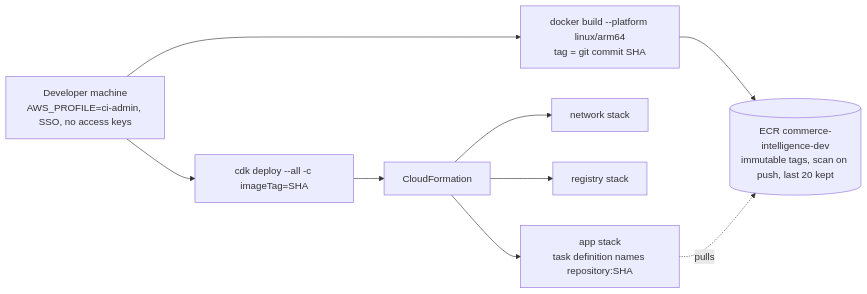
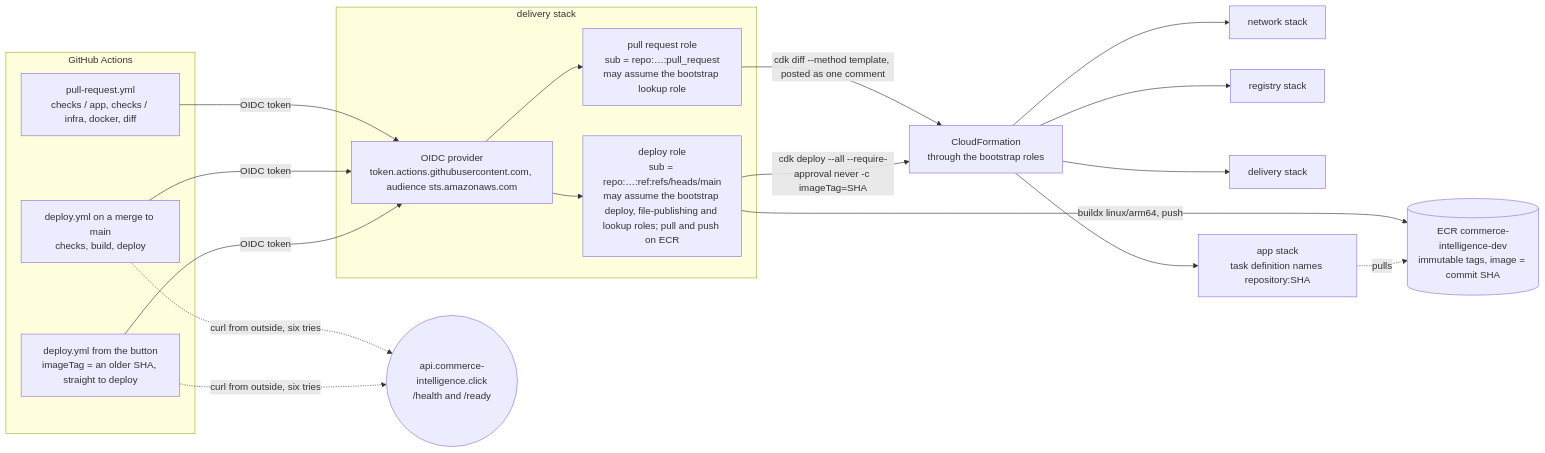
One commit to Buri1989/shopify-commerce-intelligence-platform changed the third of 3 diagrams in docs/phase-1/architecture.md. Above: the diagram before and after it, drawn with Mermaid. The commit also changed other lines of this file and 6 other files, not shown here.

Commit message:
Document the pipeline: README, architecture, conventions and the questions doc

````diff
--- a/docs/phase-1/architecture.md
+++ b/docs/phase-1/architecture.md
@@ -89,17 +91,35 @@
 ```mermaid
 flowchart LR
-    dev["Developer machine<br/>AWS_PROFILE=ci-admin, SSO, no access keys"]
-    build["docker build --platform linux/arm64<br/>tag = git commit SHA"]
-    ecr[("ECR commerce-intelligence-dev<br/>immutable tags, scan on push, last 20 kept")]
-    cdk["cdk deploy --all -c imageTag=SHA"]
-    cfn["CloudFormation"]
+    subgraph github["GitHub Actions"]
+        pr["pull-request.yml<br/>checks / app, checks / infra, docker, diff"]
+        merge["deploy.yml on a merge to main<br/>checks, build, deploy"]
+        button["deploy.yml from the button<br/>imageTag = an older SHA, straight to deploy"]
+    end
+    subgraph delivery["delivery stack"]
+        oidc["OIDC provider<br/>token.actions.githubusercontent.com, audience sts.amazonaws.com"]
+        prrole["pull request role<br/>sub = repo:…:pull_request<br/>may assume the bootstrap lookup role"]
+        deployrole["deploy role<br/>sub = repo:…:ref:refs/heads/main<br/>may assume the bootstrap deploy, file-publishing and lookup roles; pull and push on ECR"]
+    end
+    ecr[("ECR commerce-intelligence-dev<br/>immutable tags, image = commit SHA")]
+    cfn["CloudFormation<br/>through the bootstrap roles"]
     net["network stack"]
     reg["registry stack"]
+    del["delivery stack"]
     app["app stack<br/>task definition names repository:SHA"]
-    dev --> build --> ecr
-    dev --> cdk --> cfn
+    api(("api.commerce-intelligence.click<br/>/health and /ready"))
+    pr -->|"OIDC token"| oidc
+    merge -->|"OIDC token"| oidc
+    button -->|"OIDC token"| oidc
+    oidc --> prrole
+    oidc --> deployrole
+    prrole -->|"cdk diff --method template, posted as one comment"| cfn
+    deployrole -->|"buildx linux/arm64, push"| ecr
+    deployrole -->|"cdk deploy --all --require-approval never -c imageTag=SHA"| cfn
     cfn --> net
     cfn --> reg
+    cfn --> del
     cfn --> app
     app -.->|"pulls"| ecr
+    merge -.->|"curl from outside, six tries"| api
+    button -.->|"curl from outside, six tries"| api
 ```
````
